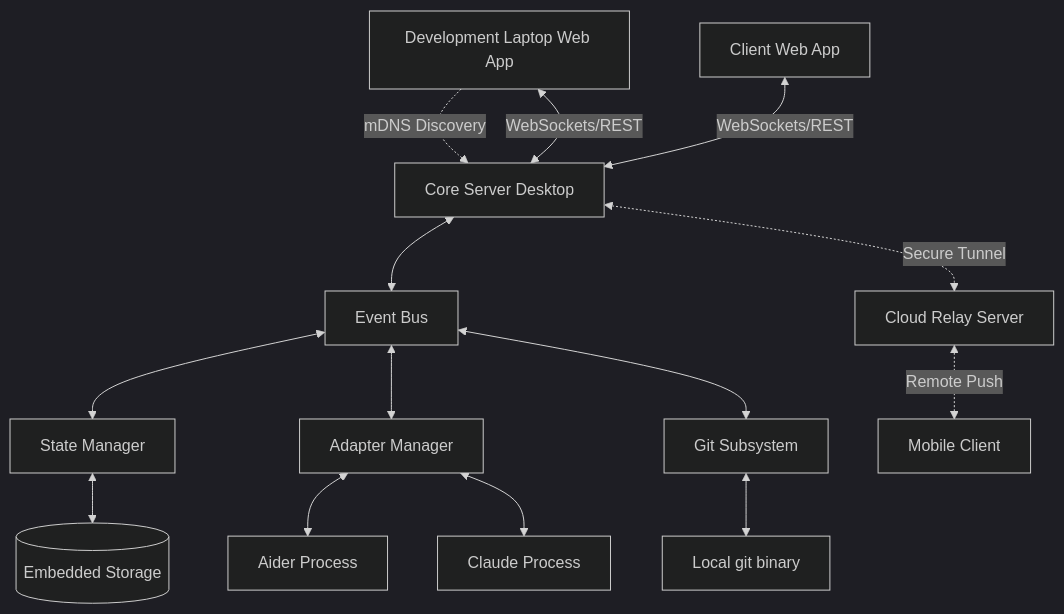
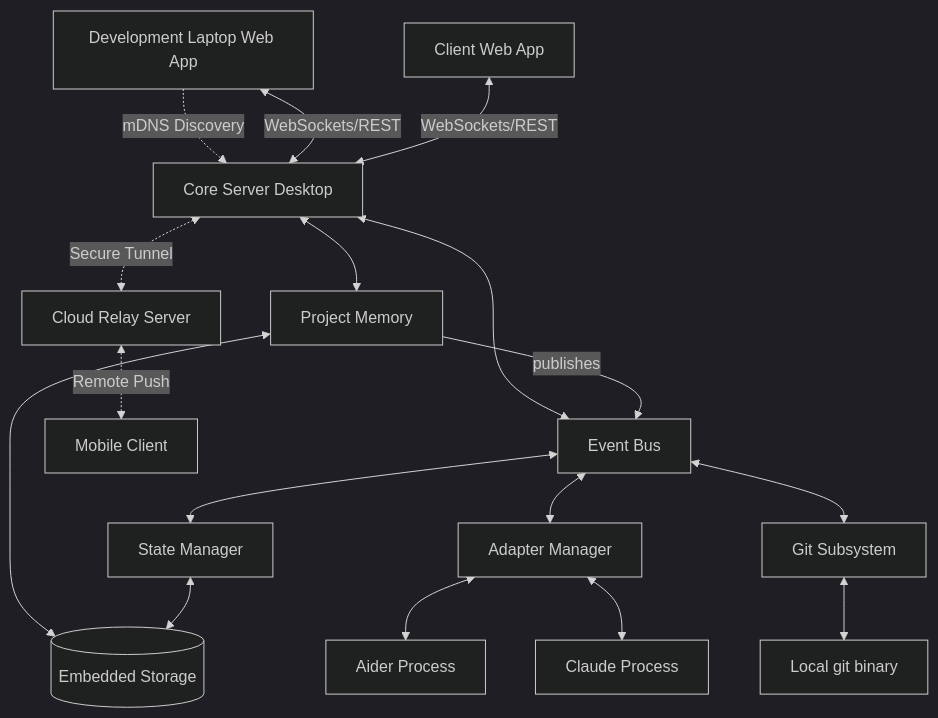
One commit to qhukz13/Asterim changed the first of 2 diagrams in blueprint/ARCHITECTURE.md. Above: the diagram before and after it, drawn with Mermaid (dark theme). The commit also changed other lines of this file and 5 other files, not shown here.

Commit message:
feat: implement Project Memory system to store durable project decisions, intents, and architectural rules with associated lifecycle management and E2E verification.

````diff
--- a/blueprint/ARCHITECTURE.md
+++ b/blueprint/ARCHITECTURE.md
@@ -14,17 +14,20 @@
 ```mermaid
 graph TD
     Laptop[Development Laptop Web App] -.->|mDNS Discovery| API
     Laptop <-->|WebSockets/REST| API
     UI[Client Web App] <-->|WebSockets/REST| API[Core Server Desktop]
     API <--> Bus[Event Bus]
+    API <--> Memory[Project Memory]
     Bus <--> State[State Manager]
     Bus <--> AdapterManager[Adapter Manager]
     Bus <--> GitService[Git Subsystem]
     GitService <--> GitCLI[Local git binary]
     AdapterManager <--> Aider[Aider Process]
     AdapterManager <--> Claude[Claude Process]
+    Memory -->|publishes| Bus
+    Memory <--> DB
     State <--> DB[(Embedded Storage)]
 
     API <-.->|Secure Tunnel| Relay[Cloud Relay Server]
     Relay <-.->|Remote Push| Mobile[Mobile Client]
 ```
````
